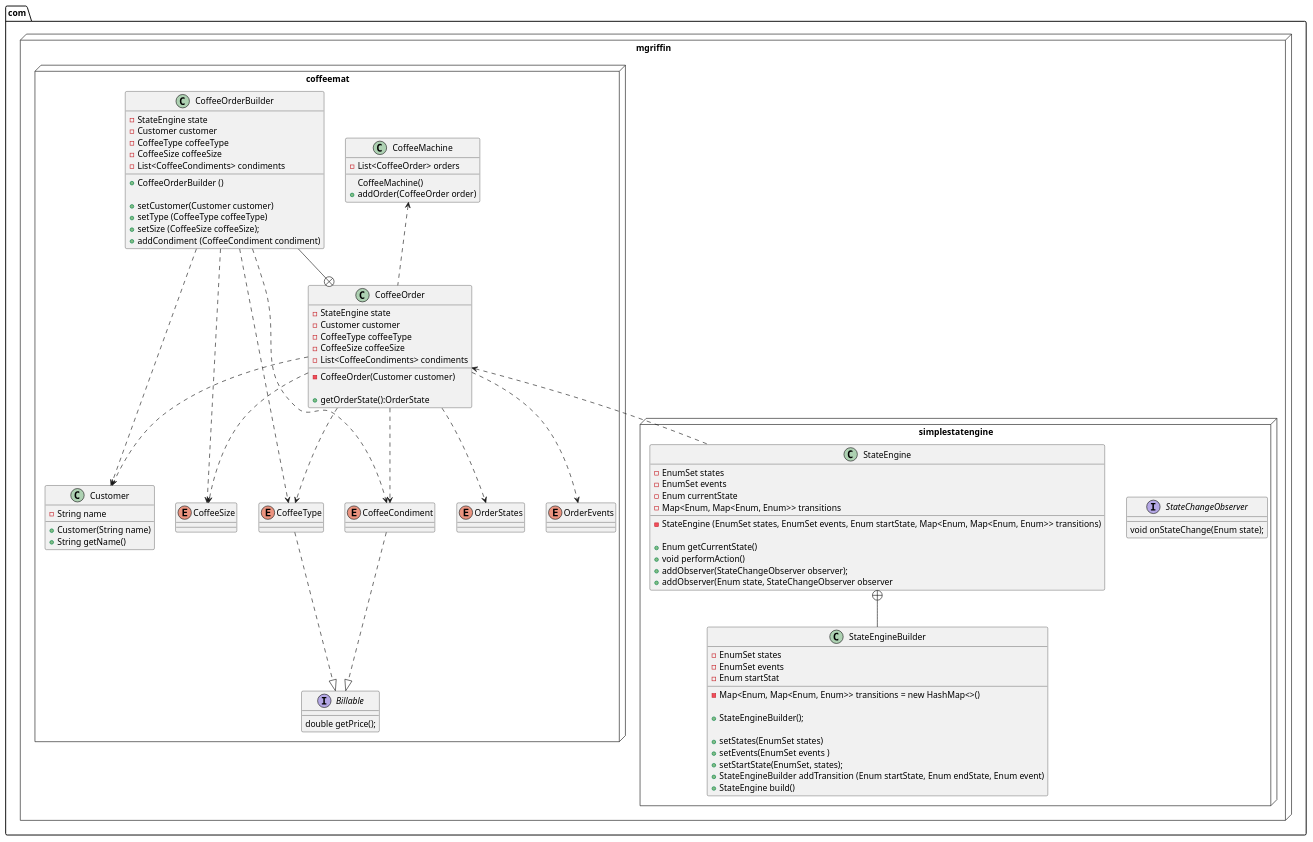
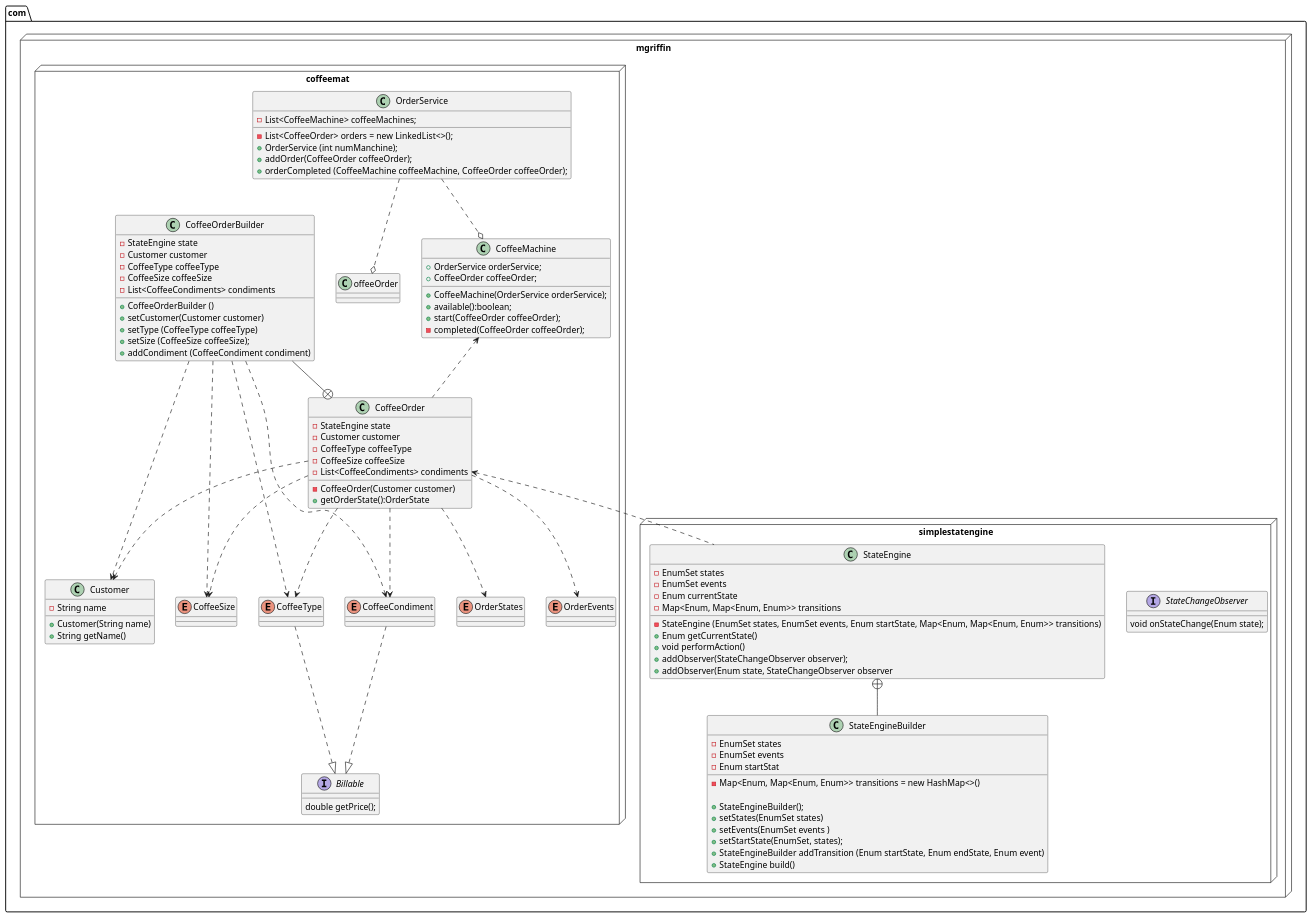
One commit to mdgriffin/Design-Patterns changed the diagram in class_diagram.pu. Above: the diagram before and after it, drawn with PlantUML.

Commit message:
Updated plantuml file to match current application structure

```diff
--- a/class_diagram.pu
+++ b/class_diagram.pu
@@ -1,115 +1,124 @@
 @startuml
 package com.mgriffin <<Node>> {
 
 package simplestatengine <<Node>> {
 
 Interface StateChangeObserver {
     void onStateChange(Enum state);
 }
 
 Class StateEngine {
     -EnumSet states
     -EnumSet events
     -Enum currentState
     -Map<Enum, Map<Enum, Enum>> transitions
 
     -StateEngine (EnumSet states, EnumSet events, Enum startState, Map<Enum, Map<Enum, Enum>> transitions)
-
     +Enum getCurrentState()
     +void performAction()
     +addObserver(StateChangeObserver observer);
     +addObserver(Enum state, StateChangeObserver observer
 }
 
 class StateEngineBuilder {
     -EnumSet states
     -EnumSet events
     -Enum startStat
     -Map<Enum, Map<Enum, Enum>> transitions = new HashMap<>()
 
     +StateEngineBuilder();
-
     +setStates(EnumSet states)
     +setEvents(EnumSet events )
     +setStartState(EnumSet, states);
     +StateEngineBuilder addTransition (Enum startState, Enum endState, Enum event)
     +StateEngine build()
 }
 
 StateEngine+--StateEngineBuilder
 
 }
 
 package coffeemat <<Node>> {
     class CoffeeMachine {
-        -List<CoffeeOrder> orders
-        CoffeeMachine()
-        +addOrder(CoffeeOrder order)
+        +OrderService orderService;
+        +CoffeeOrder coffeeOrder;
+        +CoffeeMachine(OrderService orderService);
+        +available():boolean;
+        +start(CoffeeOrder coffeeOrder);
+        -completed(CoffeeOrder coffeeOrder);
+    }
+
+    class OrderService {
+        -List<CoffeeMachine> coffeeMachines;
+        -List<CoffeeOrder> orders = new LinkedList<>();
+        +OrderService (int numManchine);
+        +addOrder(CoffeeOrder coffeeOrder);
+        +orderCompleted (CoffeeMachine coffeeMachine, CoffeeOrder coffeeOrder);
     }
 
     class CoffeeOrder {
         -StateEngine state
         -Customer customer
         -CoffeeType coffeeType
         -CoffeeSize coffeeSize
         -List<CoffeeCondiments> condiments
 
         -CoffeeOrder(Customer customer)
-
         +getOrderState():OrderState
     }
 
     class CoffeeOrderBuilder {
         -StateEngine state
         -Customer customer
         -CoffeeType coffeeType
         -CoffeeSize coffeeSize
         -List<CoffeeCondiments> condiments
 
         +CoffeeOrderBuilder ()
-
         +setCustomer(Customer customer)
         +setType (CoffeeType coffeeType)
         +setSize (CoffeeSize coffeeSize);
         +addCondiment (CoffeeCondiment condiment)
     }
 
     class Customer {
         -String name
         +Customer(String name)
         +String getName()
     }
 
     enum OrderStates
 
     enum OrderEvents
 
     interface Billable {
         double getPrice();
     }
 
     enum CoffeeSize
 
     enum CoffeeType
 
     enum CoffeeCondiment
 
+    OrderService ..o offeeOrder
+    OrderService ..o CoffeeMachine
     CoffeeMachine <.. CoffeeOrder
     CoffeeOrder ..> Customer
     CoffeeOrder ..> CoffeeType
     CoffeeOrder ..> CoffeeSize
     CoffeeOrder ..> CoffeeCondiment
     CoffeeOrder ..> OrderStates
     CoffeeOrder ..> OrderEvents
     CoffeeOrder <.. StateEngine
     CoffeeOrderBuilder ..> Customer
     CoffeeOrderBuilder ..> CoffeeType
     CoffeeOrderBuilder ..> CoffeeSize
     CoffeeOrderBuilder ..> CoffeeCondiment
     CoffeeType ..|> Billable
     CoffeeCondiment ..|> Billable
     CoffeeOrderBuilder --+ CoffeeOrder
 }
 
 }
 @enduml
```
